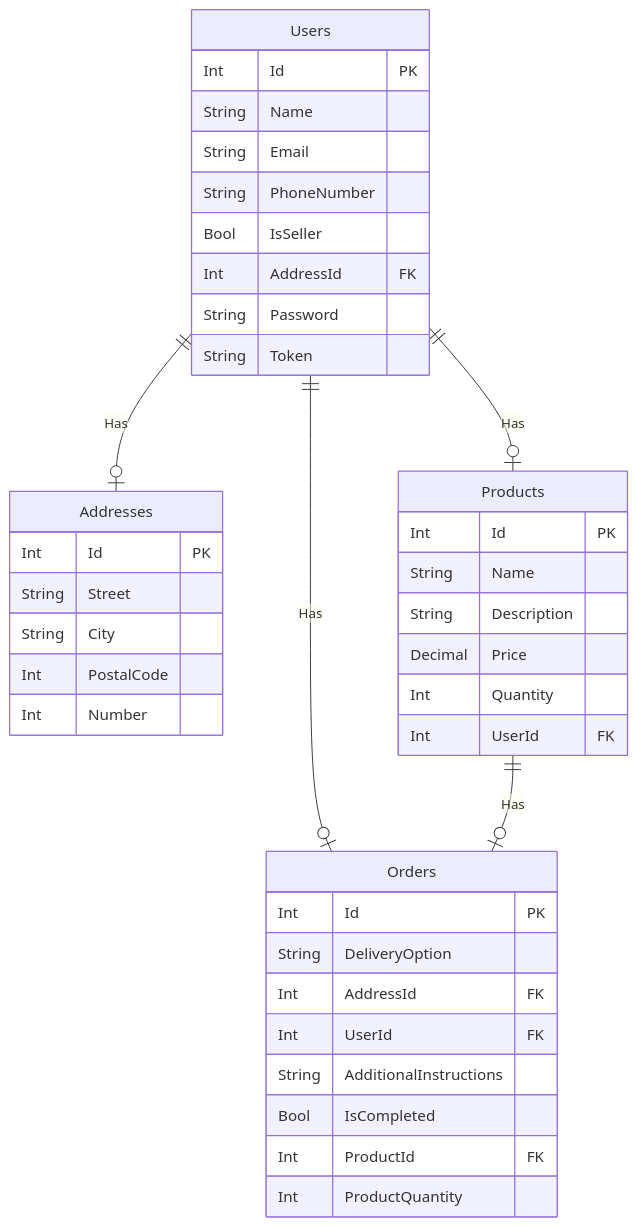
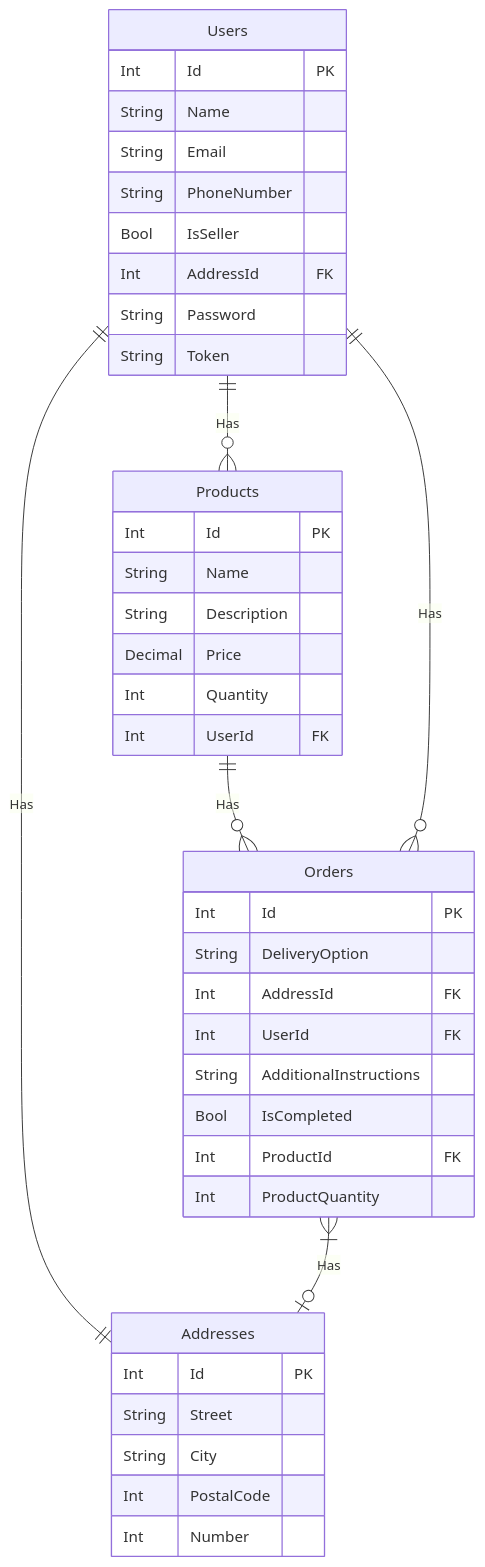
Before and after one commit to leocorrea25/APS1: the diagram in README.md, drawn with Mermaid. The commit also changed 2 other files, not shown here.

Commit message:
fix: ER relations

````diff
--- a/README.md
+++ b/README.md
@@ -27,47 +27,48 @@
 ```mermaid
 erDiagram
     Users {
         Int Id PK
         String Name
         String Email
         String PhoneNumber
         Bool IsSeller
         Int AddressId FK
         String Password
         String Token
     }
 
     Addresses {
         Int Id PK
         String Street
         String City
         Int PostalCode
         Int Number
     }
 
     Products {
         Int Id PK
         String Name
         String Description
         Decimal Price
         Int Quantity
         Int UserId FK
     }
 
     Orders {
         Int Id PK
         String DeliveryOption
         Int AddressId FK
         Int UserId FK
         String AdditionalInstructions
         Bool IsCompleted
         Int ProductId FK
         Int ProductQuantity
     }
 
-    Users ||--o| Addresses : Has
-    Users ||--o| Products : Has
-    Users ||--o| Orders : Has
-    Products ||--o| Orders : Has
+    Users ||--|| Addresses : Has
+    Users ||--o{ Products : Has
+    Orders }o--|| Users : Has
+    Products ||--o{ Orders : Has
+    Orders }|--o| Addresses : Has
 
 ```
````
